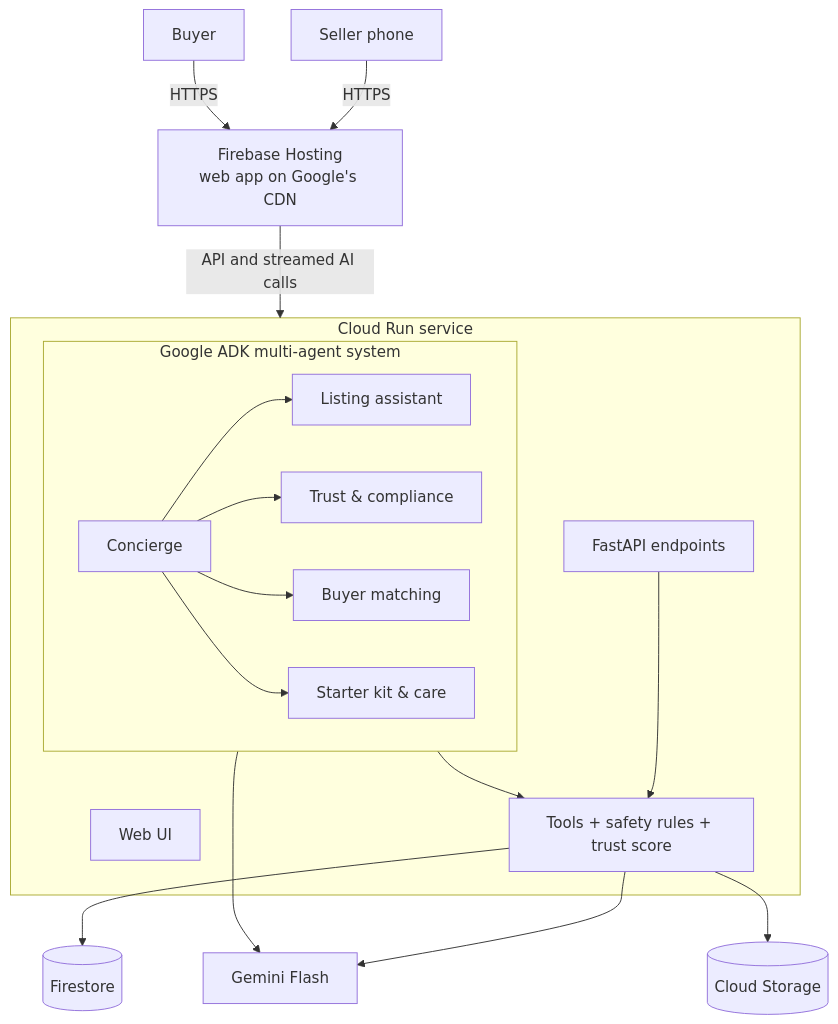
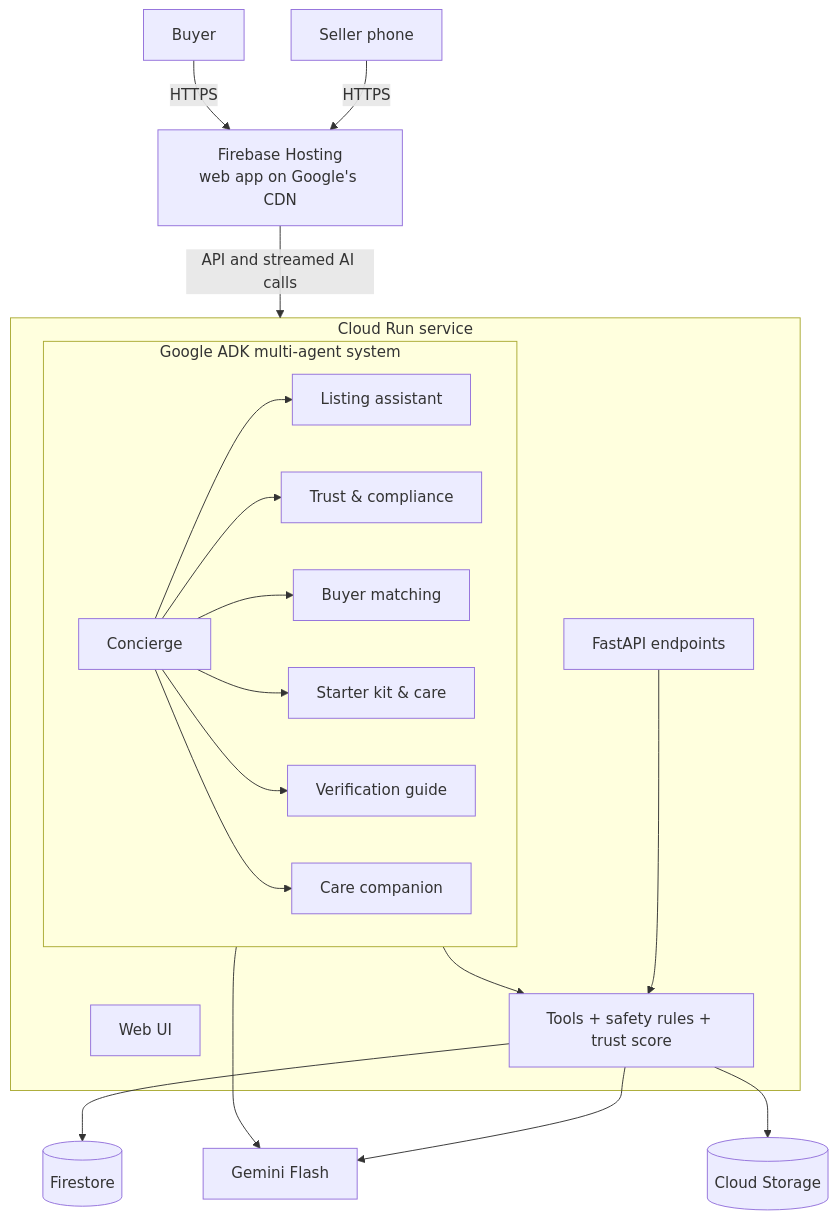
Before and after one commit to sudarsan-22/breedernear-ai: the diagram in README.md, drawn with Mermaid. The commit also changed other lines of this file and 9 other files, not shown here.

````diff
--- a/README.md
+++ b/README.md
@@ -90,25 +94,27 @@
 ```mermaid
 flowchart TD
     B[Seller phone] -->|HTTPS| FH
     U[Buyer] -->|HTTPS| FH
     FH[Firebase Hosting<br/>web app on Google's CDN] -->|API and streamed AI calls| CR
     subgraph CR[Cloud Run service]
         WEB[Web UI]
         API[FastAPI endpoints]
         subgraph AG[Google ADK multi-agent system]
             ROOT[Concierge]
             LIST[Listing assistant]
             TRUST[Trust & compliance]
             MATCH[Buyer matching]
             CARE[Starter kit & care]
-            ROOT --> LIST & TRUST & MATCH & CARE
+            VER[Verification guide]
+            COMP[Care companion]
+            ROOT --> LIST & TRUST & MATCH & CARE & VER & COMP
         end
         CORE[Tools + safety rules + trust score]
         AG --> CORE
         API --> CORE
     end
     AG --> GEM[Gemini Flash]
     CORE --> GEM
     CORE --> FS[(Firestore)]
     CORE --> GCS[(Cloud Storage)]
 ```
````
